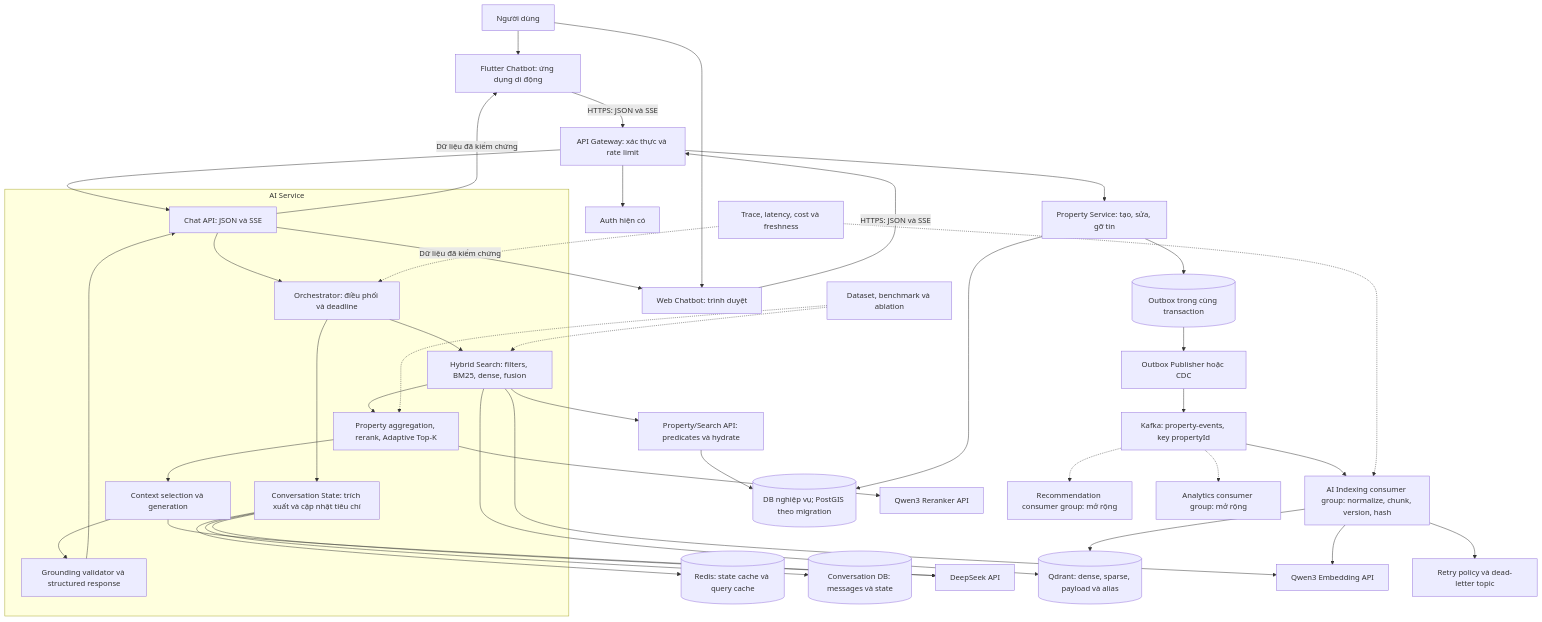
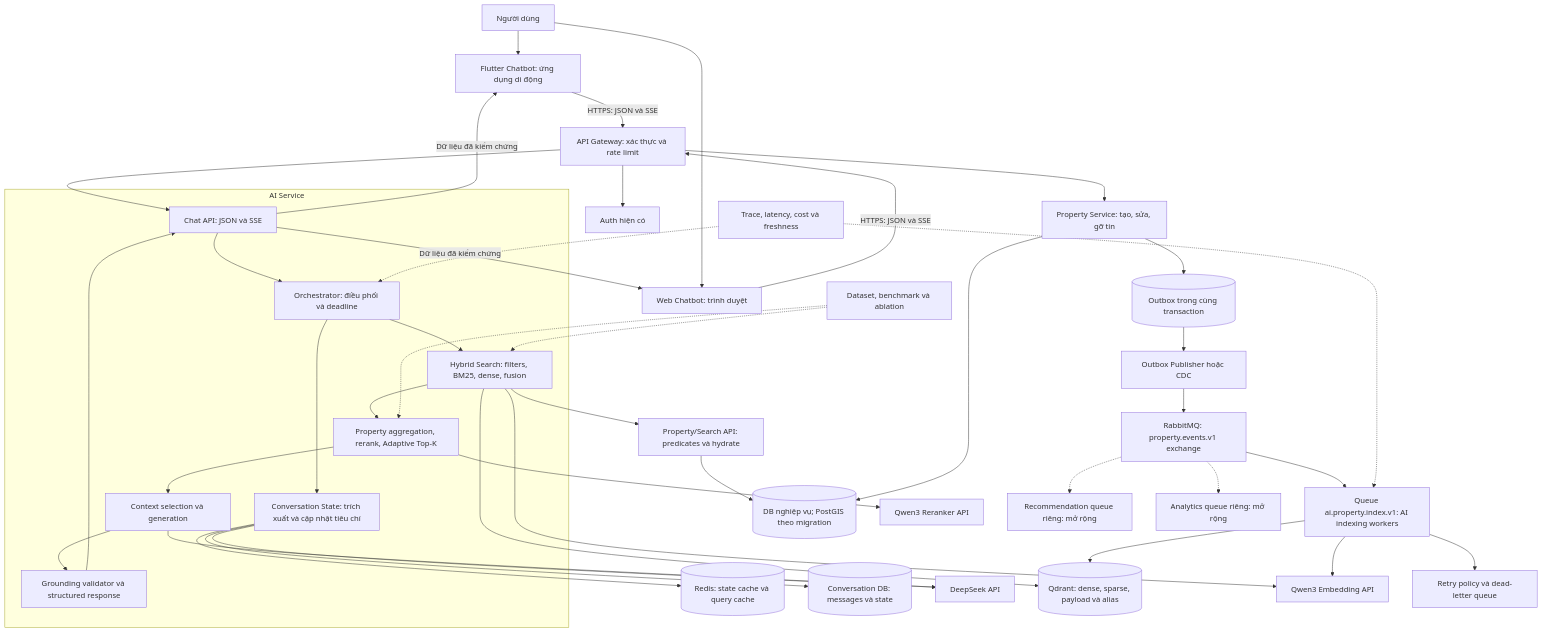
The first of 3 diagrams in docs/RESEARCH_AI_CHATBOT.md (NhatTruong1905/RealEstateMobile-Project), drawn with Mermaid before and after one commit. The commit also changed other lines of this file and 204 other files, not shown here.

First line of the commit message:
feat: Implement property indexing system with RabbitMQ integration

````diff
--- a/docs/RESEARCH_AI_CHATBOT.md
+++ b/docs/RESEARCH_AI_CHATBOT.md
@@ -40,44 +51,44 @@
 ```mermaid
 flowchart TB
     U[Người dùng] --> MOBILE[Flutter Chatbot: ứng dụng di động]
     U --> WEB[Web Chatbot: trình duyệt]
     MOBILE -->|HTTPS: JSON và SSE| GW[API Gateway: xác thực và rate limit]
     WEB -->|HTTPS: JSON và SSE| GW
     GW --> AUTH[Auth hiện có]
     GW --> CHAT[Chat API: JSON và SSE]
     subgraph AI[AI Service]
         CHAT --> ORCH[Orchestrator: điều phối và deadline]
         ORCH --> STATE[Conversation State: trích xuất và cập nhật tiêu chí]
         ORCH --> SEARCH[Hybrid Search: filters, BM25, dense, fusion]
         SEARCH --> RANK[Property aggregation, rerank, Adaptive Top-K]
         RANK --> GEN[Context selection và generation]
         GEN --> VAL[Grounding validator và structured response]
         VAL --> CHAT
     end
     CHAT -->|Dữ liệu đã kiểm chứng| MOBILE
     CHAT -->|Dữ liệu đã kiểm chứng| WEB
     STATE --> REDIS[(Redis: state cache và query cache)]
     STATE --> CONV[(Conversation DB: messages và state)]
     STATE --> LLM[DeepSeek API]
     GEN --> LLM
     SEARCH --> PS[Property/Search API: predicates và hydrate]
     PS --> DB[(DB nghiệp vụ; PostGIS theo migration)]
     SEARCH --> Q[(Qdrant: dense, sparse, payload và alias)]
     SEARCH --> EMB[Qwen3 Embedding API]
     RANK --> RR[Qwen3 Reranker API]
     GW --> WRITE[Property Service: tạo, sửa, gỡ tin]
     WRITE --> DB
     WRITE --> OB[(Outbox trong cùng transaction)]
     OB --> PUB[Outbox Publisher hoặc CDC]
-    PUB --> KAFKA[Kafka: property-events, key propertyId]
-    KAFKA --> IDX[AI Indexing consumer group: normalize, chunk, version, hash]
-    KAFKA -.-> REC[Recommendation consumer group: mở rộng]
-    KAFKA -.-> ANALYTICS[Analytics consumer group: mở rộng]
+    PUB --> MQ[RabbitMQ: property.events.v1 exchange]
+    MQ --> IDX[Queue ai.property.index.v1: AI indexing workers]
+    MQ -.-> REC[Recommendation queue riêng: mở rộng]
+    MQ -.-> ANALYTICS[Analytics queue riêng: mở rộng]
     IDX --> EMB
     IDX --> Q
-    IDX --> DLQ[Retry policy và dead-letter topic]
+    IDX --> DLQ[Retry policy và dead-letter queue]
     MON[Trace, latency, cost và freshness] -.-> ORCH
     MON -.-> IDX
     EVAL[Dataset, benchmark và ablation] -.-> SEARCH
     EVAL -.-> RANK
 ```
````
